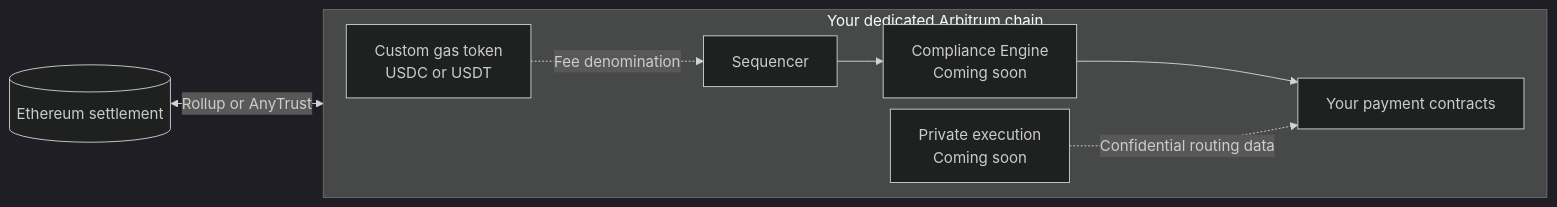
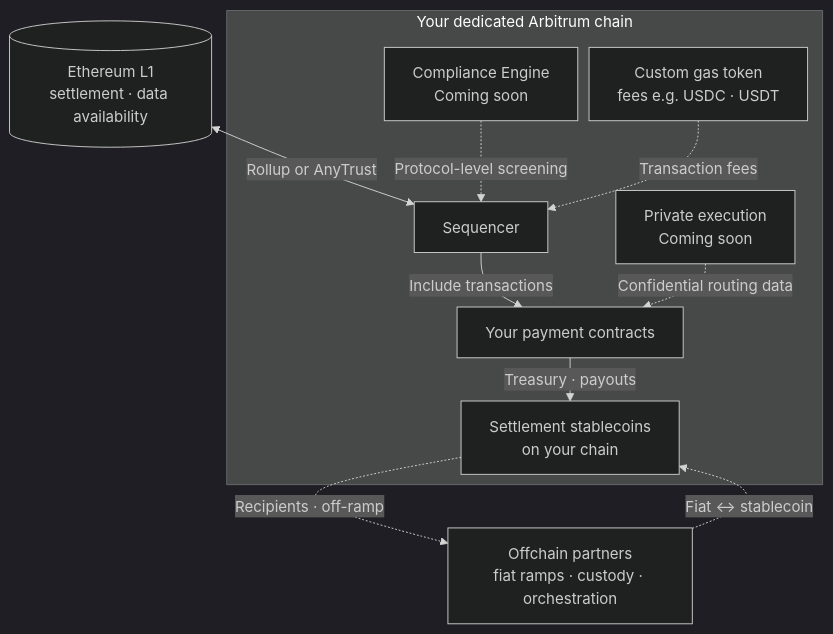
One commit to santiocl/arbitrum-docs changed the fourth of 4 diagrams in docs/solutions/cross-border-payments.mdx. Above: the diagram before and after it, drawn with Mermaid (dark theme). The commit also changed other lines of this file, not shown here.

Commit message:
Cross-border payments: copy, diagrams, stablecoins, payments ecosystem

````diff
--- a/docs/solutions/cross-border-payments.mdx
+++ b/docs/solutions/cross-border-payments.mdx
@@ -203,17 +217,24 @@
 ```mermaid
-%%{init: {'flowchart': {'nodeSpacing': 12, 'rankSpacing': 24}}}%%
-flowchart LR
+%%{init: {'flowchart': {'nodeSpacing': 12, 'rankSpacing': 22}}}%%
+flowchart TB
+    ETH[(Ethereum L1<br/>settlement · data availability)]
+    PARTNERS[Offchain partners<br/>fiat ramps · custody · orchestration]
+
     subgraph Dedicated["Your dedicated Arbitrum chain"]
-        direction LR
         SEQ[Sequencer]
         CE[Compliance Engine<br/>Coming soon]
-        CGT[Custom gas token<br/>USDC or USDT]
+        CGT[Custom gas token<br/>fees e.g. USDC · USDT]
+        STABLE[Settlement stablecoins<br/>on your chain]
+        APP2[Your payment contracts]
         PRIV[Private execution<br/>Coming soon]
-        APP2[Your payment contracts]
     end
 
-    ETH[(Ethereum settlement)] <-->|Rollup or AnyTrust| SEQ
-    SEQ --> CE --> APP2
-    CGT -.->|Fee denomination| SEQ
+    ETH <-->|Rollup or AnyTrust| SEQ
+    PARTNERS -.->|Fiat ↔ stablecoin| STABLE
+    CE -.->|Protocol-level screening| SEQ
+    SEQ -->|Include transactions| APP2
+    APP2 -->|Treasury · payouts| STABLE
+    CGT -.->|Transaction fees| SEQ
     PRIV -.->|Confidential routing data| APP2
+    STABLE -.->|Recipients · off-ramp| PARTNERS
 ```
````
